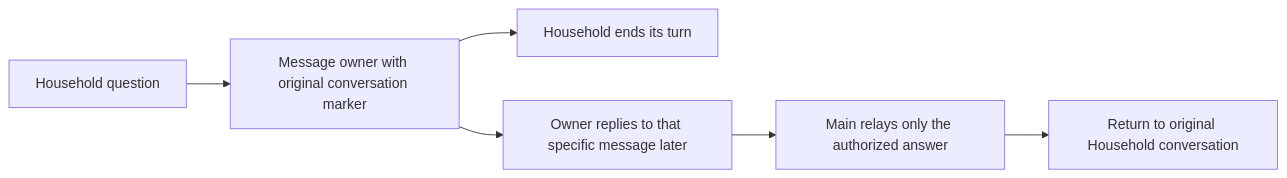
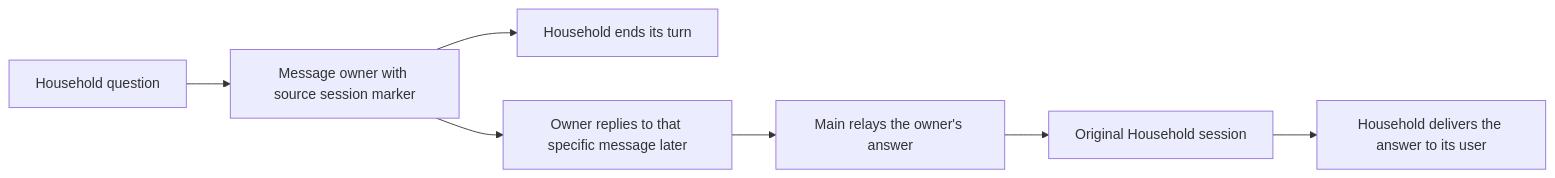
One commit to coletaylor788/puddles changed the diagram in docs/plans/household-relay-restoration.md. Above: the diagram before and after it, drawn with Mermaid. The commit also changed other lines of this file, not shown here.

Commit message:
Document approved household source session relay restoration

````diff
--- a/docs/plans/household-relay-restoration.md
+++ b/docs/plans/household-relay-restoration.md
@@ -16,8 +16,9 @@
 ```mermaid
 flowchart LR
-    Household[Household question] --> Ping[Message owner with original conversation marker]
+    Household[Household question] --> Ping[Message owner with source session marker]
     Ping --> Wait[Household ends its turn]
     Ping --> Reply[Owner replies to that specific message later]
-    Reply --> Main[Main relays only the authorized answer]
-    Main --> Return[Return to original Household conversation]
+    Reply --> Main[Main relays the owner's answer]
+    Main --> Session[Original Household session]
+    Session --> User[Household delivers the answer to its user]
 ```
````
